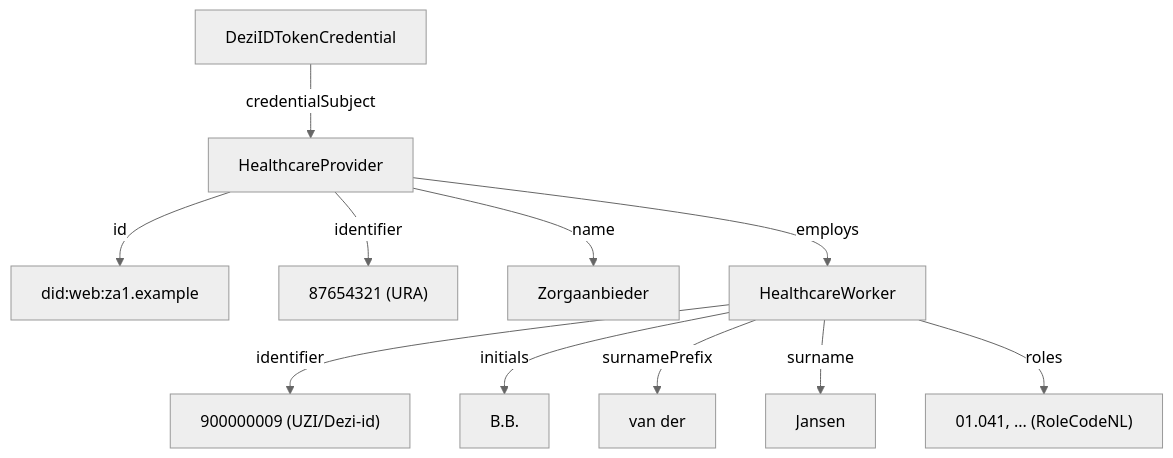
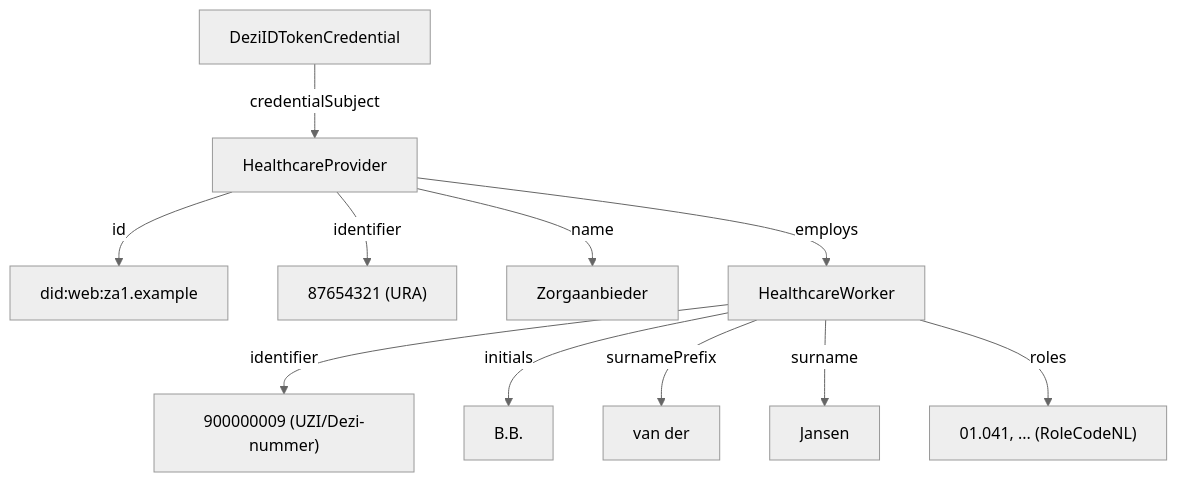
One commit to nuts-foundation/nl-generic-functions-ig changed the diagram in input/pagecontent/credential-DeziIDTokenCredential.md. Above: the diagram before and after it, drawn with Mermaid (neutral theme). The commit also changed other lines of this file, not shown here.

````diff
--- a/input/pagecontent/credential-DeziIDTokenCredential.md
+++ b/input/pagecontent/credential-DeziIDTokenCredential.md
@@ -35,14 +36,14 @@
 ```mermaid
 graph TD
     VC[DeziIDTokenCredential]
     VC -->|credentialSubject| HP[HealthcareProvider]
     HP -->|id| DID["did:web:za1.example"]
     HP -->|identifier| URA["87654321 (URA)"]
     HP -->|name| NAME["Zorgaanbieder"]
     HP -->|employs| HW[HealthcareWorker]
-    HW -->|identifier| UZI["900000009 (UZI/Dezi-id)"]
+    HW -->|identifier| UZI["900000009 (UZI/Dezi-nummer)"]
     HW -->|initials| INIT["B.B."]
     HW -->|surnamePrefix| PRE["van der"]
     HW -->|surname| SUR["Jansen"]
     HW -->|roles| ROLES["01.041, ... (RoleCodeNL)"]
 ```
````
